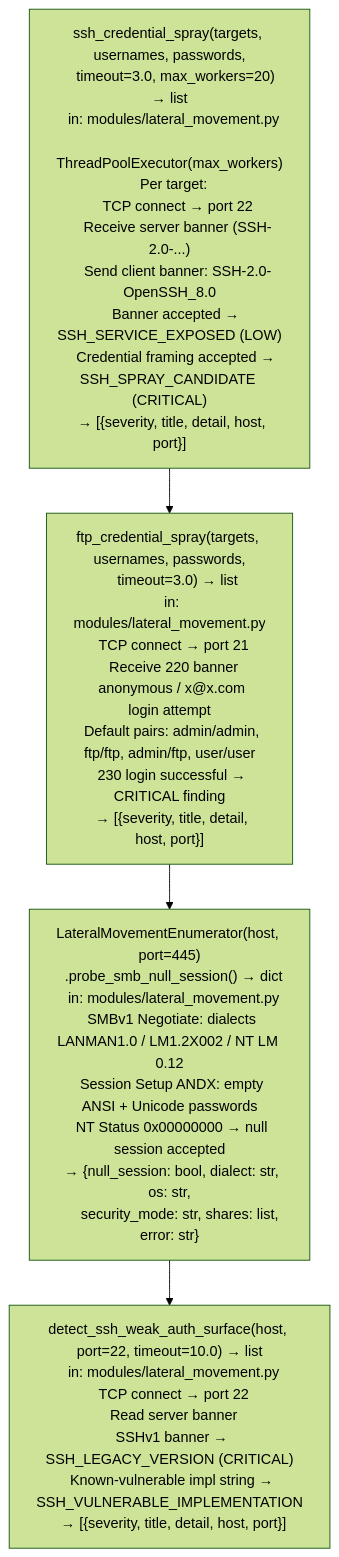
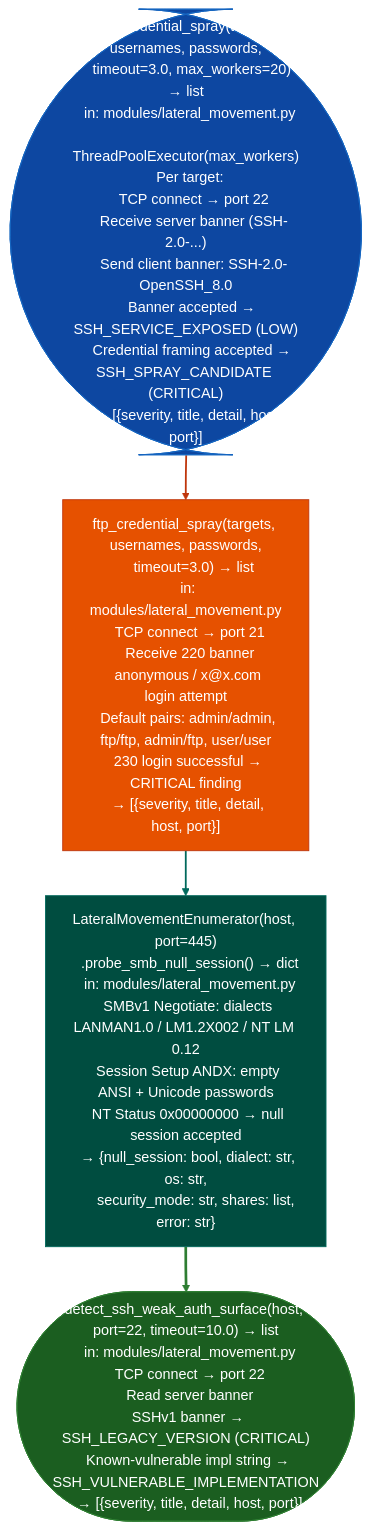
Before and after one commit to Ablation-Tool/ablation: the diagram in docs/reference-modules/credential-testing-helpers.md, drawn with Mermaid (forest theme). The commit also changed 320 other files, not shown here.

First line of the commit message:
docs: apply canonical Mermaid template to all 321 diagrams

````diff
--- a/docs/reference-modules/credential-testing-helpers.md
+++ b/docs/reference-modules/credential-testing-helpers.md
@@ -19,6 +19,15 @@
 ```mermaid
 flowchart TD
-    A["ssh_credential_spray(targets, usernames, passwords,\n    timeout=3.0, max_workers=20) → list\n  in: modules/lateral_movement.py\n  ThreadPoolExecutor(max_workers)\n  Per target:\n    TCP connect → port 22\n    Receive server banner (SSH-2.0-...)\n    Send client banner: SSH-2.0-OpenSSH_8.0\n    Banner accepted → SSH_SERVICE_EXPOSED (LOW)\n    Credential framing accepted → SSH_SPRAY_CANDIDATE (CRITICAL)\n  → [{severity, title, detail, host, port}]"] --> B["ftp_credential_spray(targets, usernames, passwords,\n    timeout=3.0) → list\n  in: modules/lateral_movement.py\n  TCP connect → port 21\n  Receive 220 banner\n  anonymous / x@x.com login attempt\n  Default pairs: admin/admin, ftp/ftp, admin/ftp, user/user\n  230 login successful → CRITICAL finding\n  → [{severity, title, detail, host, port}]"]
-    B --> C["LateralMovementEnumerator(host, port=445)\n  .probe_smb_null_session() → dict\n  in: modules/lateral_movement.py\n  SMBv1 Negotiate: dialects LANMAN1.0 / LM1.2X002 / NT LM 0.12\n  Session Setup ANDX: empty ANSI + Unicode passwords\n  NT Status 0x00000000 → null session accepted\n  → {null_session: bool, dialect: str, os: str,\n      security_mode: str, shares: list, error: str}"]
-    C --> D["detect_ssh_weak_auth_surface(host, port=22, timeout=10.0) → list\n  in: modules/lateral_movement.py\n  TCP connect → port 22\n  Read server banner\n  SSHv1 banner → SSH_LEGACY_VERSION (CRITICAL)\n  Known-vulnerable impl string → SSH_VULNERABLE_IMPLEMENTATION\n  → [{severity, title, detail, host, port}]"]
+    A(["ssh_credential_spray(targets, usernames, passwords,\n    timeout=3.0, max_workers=20) → list\n  in: modules/lateral_movement.py\n  ThreadPoolExecutor(max_workers)\n  Per target:\n    TCP connect → port 22\n    Receive server banner (SSH-2.0-...)\n    Send client banner: SSH-2.0-OpenSSH_8.0\n    Banner accepted → SSH_SERVICE_EXPOSED (LOW)\n    Credential framing accepted → SSH_SPRAY_CANDIDATE (CRITICAL)\n  → [{severity, title, detail, host, port}]"]):::input --> B["ftp_credential_spray(targets, usernames, passwords,\n    timeout=3.0) → list\n  in: modules/lateral_movement.py\n  TCP connect → port 21\n  Receive 220 banner\n  anonymous / x@x.com login attempt\n  Default pairs: admin/admin, ftp/ftp, admin/ftp, user/user\n  230 login successful → CRITICAL finding\n  → [{severity, title, detail, host, port}]"]:::primary
+    B:::primary --> C["LateralMovementEnumerator(host, port=445)\n  .probe_smb_null_session() → dict\n  in: modules/lateral_movement.py\n  SMBv1 Negotiate: dialects LANMAN1.0 / LM1.2X002 / NT LM 0.12\n  Session Setup ANDX: empty ANSI + Unicode passwords\n  NT Status 0x00000000 → null session accepted\n  → {null_session: bool, dialect: str, os: str,\n      security_mode: str, shares: list, error: str}"]:::secondary
+    C:::secondary --> D(["detect_ssh_weak_auth_surface(host, port=22, timeout=10.0) → list\n  in: modules/lateral_movement.py\n  TCP connect → port 22\n  Read server banner\n  SSHv1 banner → SSH_LEGACY_VERSION (CRITICAL)\n  Known-vulnerable impl string → SSH_VULNERABLE_IMPLEMENTATION\n  → [{severity, title, detail, host, port}]"]):::output
+    classDef input     fill:#0d47a1,stroke:#1565c0,color:#fff
+    classDef primary   fill:#e65100,stroke:#bf360c,color:#fff
+    classDef secondary fill:#004d40,stroke:#00695c,color:#fff
+    classDef tertiary  fill:#4a148c,stroke:#6a1b9a,color:#fff
+    classDef neutral   fill:#37474f,stroke:#546e7a,color:#fff
+    classDef output    fill:#1b5e20,stroke:#2e7d32,color:#fff
+    linkStyle 0 stroke:#bf360c,stroke-width:2px
+    linkStyle 1 stroke:#00695c,stroke-width:2px
+    linkStyle 2 stroke:#2e7d32,stroke-width:3px
 ```
````
